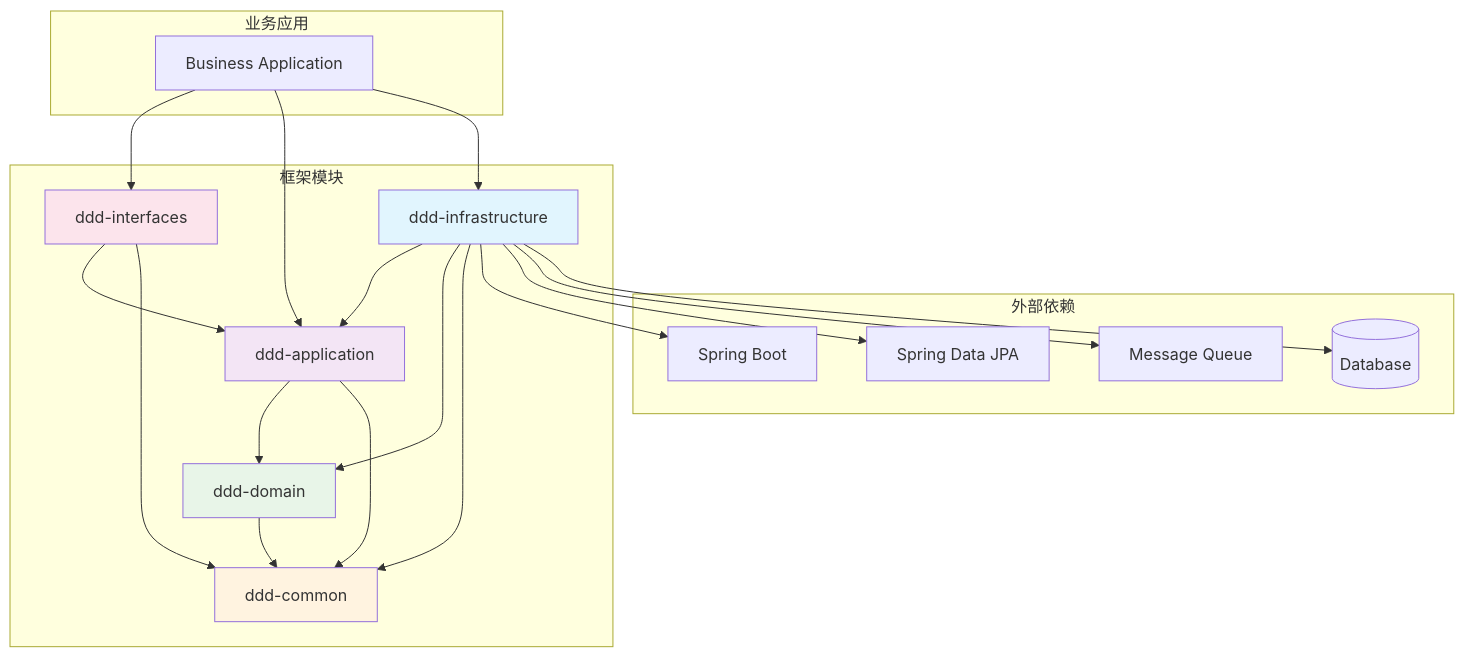
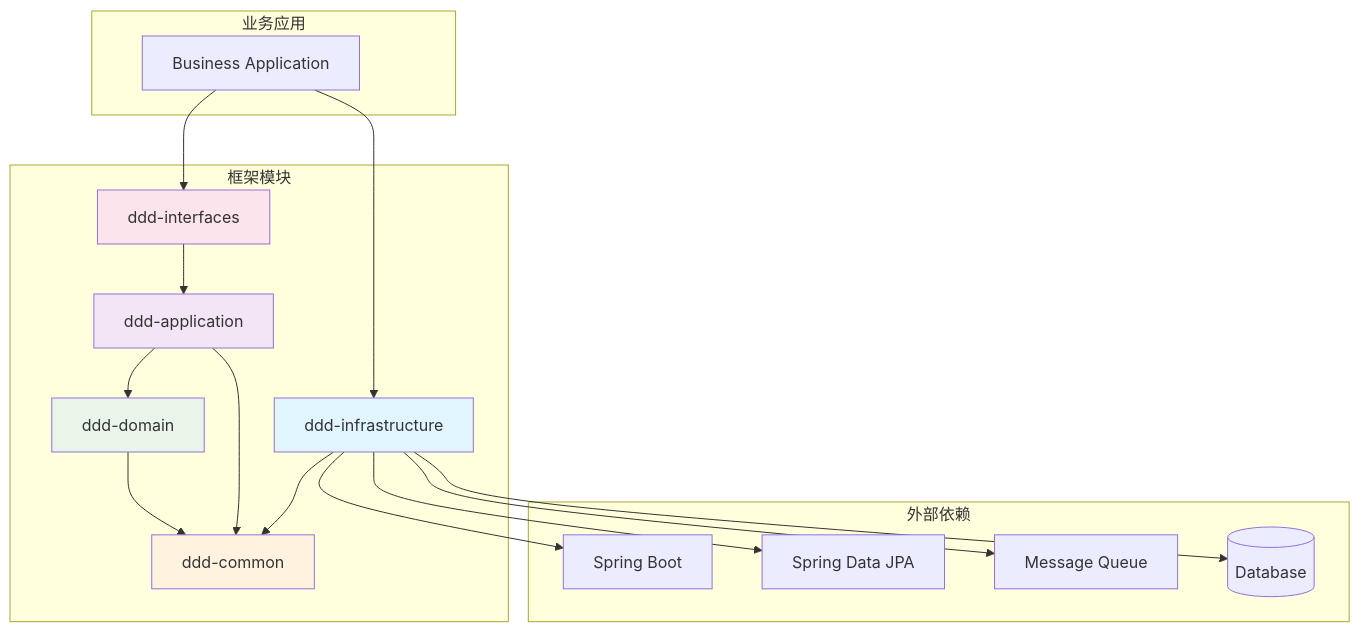
The seventh of 8 diagrams in ddd-framework/README.md (ANTHEM37/ddd-project), drawn with Mermaid before and after one commit. The commit also changed other lines of this file, not shown here.

First line of the commit message:
docs(README): 更新项目文档和架构图

````diff
--- a/ddd-framework/README.md
+++ b/ddd-framework/README.md
@@ -333,45 +304,41 @@
 ```mermaid
 graph TD
     subgraph "外部依赖"
         SPRING[Spring Boot]
         JPA[Spring Data JPA]
         MQ[Message Queue]
         DB[(Database)]
     end
     
     subgraph "框架模块"
         COMMON[ddd-common]
         DOMAIN[ddd-domain]
         APP[ddd-application]
         INFRA[ddd-infrastructure]
         INTERFACES[ddd-interfaces]
     end
     
     subgraph "业务应用"
         BIZ[Business Application]
     end
     
     DOMAIN --> COMMON
     APP --> DOMAIN
     APP --> COMMON
-    INFRA --> APP
-    INFRA --> DOMAIN
     INFRA --> COMMON
     INTERFACES --> APP
-    INTERFACES --> COMMON
     
     BIZ --> INTERFACES
-    BIZ --> APP
     BIZ --> INFRA
     
     INFRA --> SPRING
     INFRA --> JPA
     INFRA --> MQ
     INFRA --> DB
     
     style COMMON fill:#fff3e0
     style DOMAIN fill:#e8f5e8
     style APP fill:#f3e5f5
     style INFRA fill:#e1f5fe
     style INTERFACES fill:#fce4ec
 ```
````
